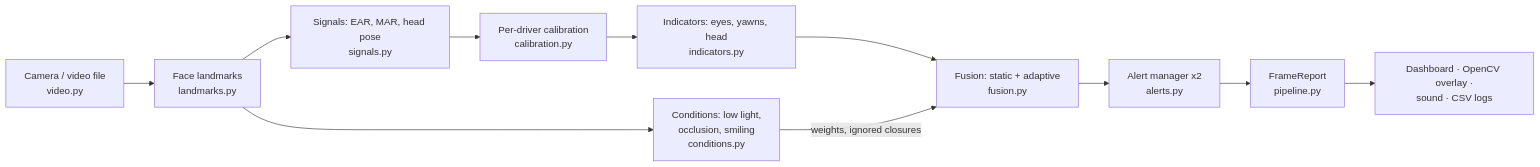
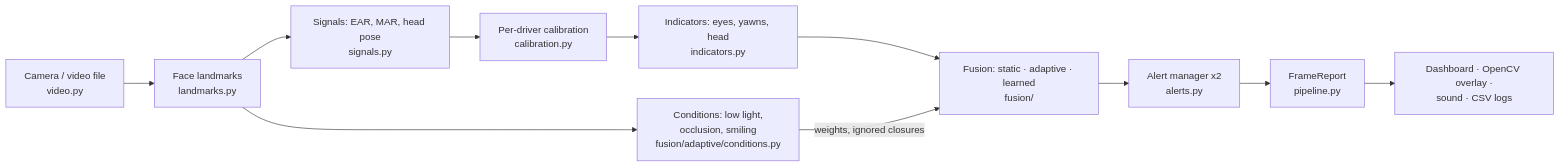
Before and after one commit to yagnangg333/Driver-Drowsiness-Detection: the diagram in ARCHITECTURE.md, drawn with Mermaid. The commit also changed other lines of this file and 25 other files, not shown here.

````diff
--- a/ARCHITECTURE.md
+++ b/ARCHITECTURE.md
@@ -16,13 +17,13 @@
 ```mermaid
 flowchart LR
     A[Camera / video file<br/>video.py] --> B[Face landmarks<br/>landmarks.py]
     B --> C[Signals: EAR, MAR, head pose<br/>signals.py]
     C --> K[Per-driver calibration<br/>calibration.py]
     K --> D[Indicators: eyes, yawns, head<br/>indicators.py]
-    B --> H[Conditions: low light,<br/>occlusion, smiling<br/>conditions.py]
-    D --> E[Fusion: static + adaptive<br/>fusion.py]
+    B --> H[Conditions: low light,<br/>occlusion, smiling<br/>fusion/adaptive/conditions.py]
+    D --> E[Fusion: static · adaptive · learned<br/>fusion/]
     H -->|weights, ignored closures| E
     E --> F[Alert manager x2<br/>alerts.py]
     F --> R[FrameReport<br/>pipeline.py]
     R --> G[Dashboard · OpenCV overlay ·<br/>sound · CSV logs]
 ```
````
